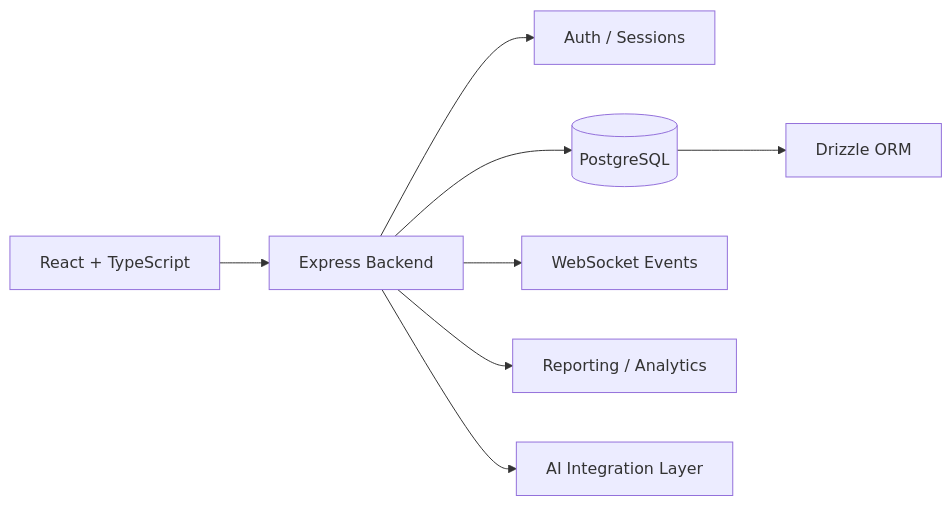
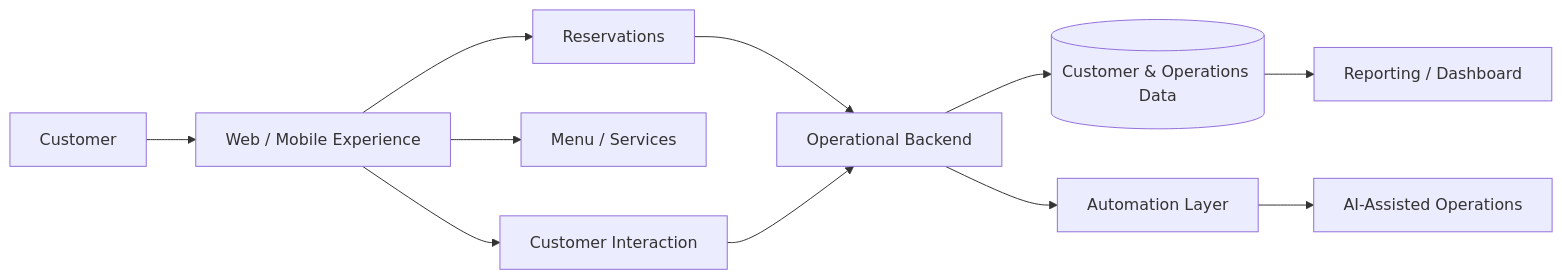
Before and after one commit to lapreale/AI-Systems-Portfolio: the diagram in projects/restaurant-operations.md, drawn with Mermaid. The commit also changed other lines of this file, not shown here.

````diff
--- a/projects/restaurant-operations.md
+++ b/projects/restaurant-operations.md
@@ -19,10 +51,13 @@
 ```mermaid
 flowchart LR
-    UI[React + TypeScript] --> API[Express Backend]
-    API --> AUTH[Auth / Sessions]
-    API --> DB[(PostgreSQL)]
-    API --> WS[WebSocket Events]
-    DB --> ORM[Drizzle ORM]
-    API --> ANALYTICS[Reporting / Analytics]
-    API --> AI[AI Integration Layer]
+    CUSTOMER[Customer] --> UI[Web / Mobile Experience]
+    UI --> RES[Reservations]
+    UI --> MENU[Menu / Services]
+    UI --> CONTACT[Customer Interaction]
+    RES --> API[Operational Backend]
+    CONTACT --> API
+    API --> DB[(Customer & Operations Data)]
+    DB --> DASH[Reporting / Dashboard]
+    API --> AUTO[Automation Layer]
+    AUTO --> AI[AI-Assisted Operations]
 ```
````
